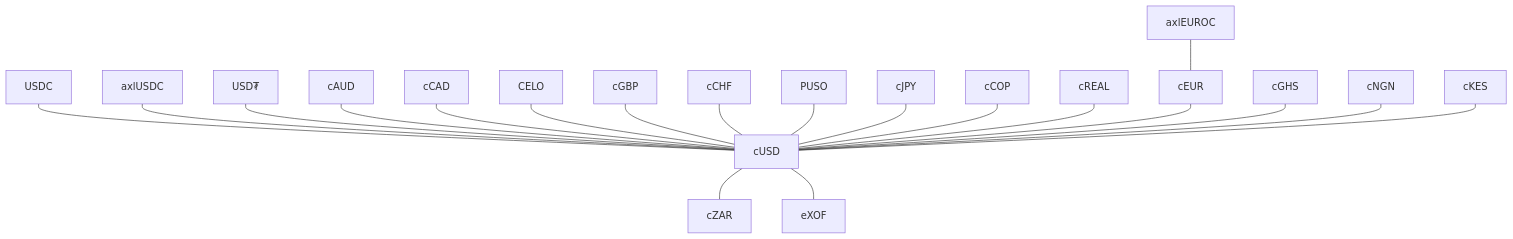
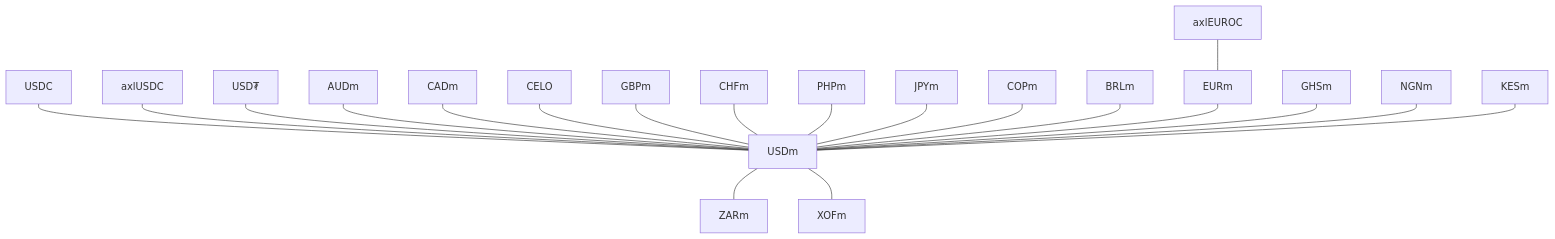
Before and after one commit to mento-protocol/mento-sdk: the diagram in README.md, drawn with Mermaid. The commit also changed 36 other files, not shown here.

````diff
--- a/README.md
+++ b/README.md
@@ -30,23 +30,23 @@
 ```mermaid
 graph TD
     USDT["USD₮"]
-    USDC --- cUSD
-    axlUSDC --- cUSD
-    USDT --- cUSD
-    cAUD --- cUSD
-    cCAD --- cUSD
-    CELO --- cUSD
-    cGBP --- cUSD
-    cUSD --- cZAR
-    cCHF --- cUSD
-    PUSO --- cUSD
-    cJPY --- cUSD
-    cCOP --- cUSD
-    cREAL --- cUSD
-    axlEUROC --- cEUR
-    cEUR --- cUSD
-    cGHS --- cUSD
-    cNGN --- cUSD
-    cKES --- cUSD
-    cUSD --- eXOF
+    USDC --- USDm
+    axlUSDC --- USDm
+    USDT --- USDm
+    AUDm --- USDm
+    CADm --- USDm
+    CELO --- USDm
+    GBPm --- USDm
+    USDm --- ZARm
+    CHFm --- USDm
+    PHPm --- USDm
+    JPYm --- USDm
+    COPm --- USDm
+    BRLm --- USDm
+    axlEUROC --- EURm
+    EURm --- USDm
+    GHSm --- USDm
+    NGNm --- USDm
+    KESm --- USDm
+    USDm --- XOFm
 ```
````
